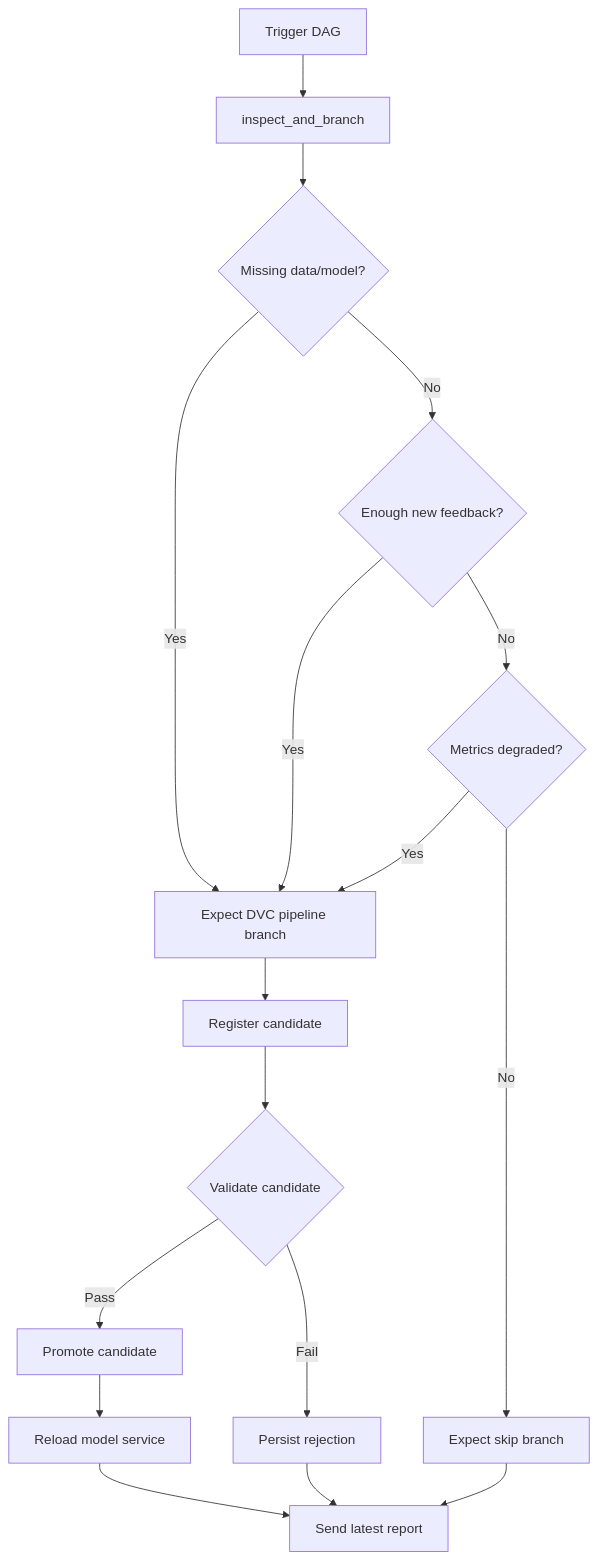
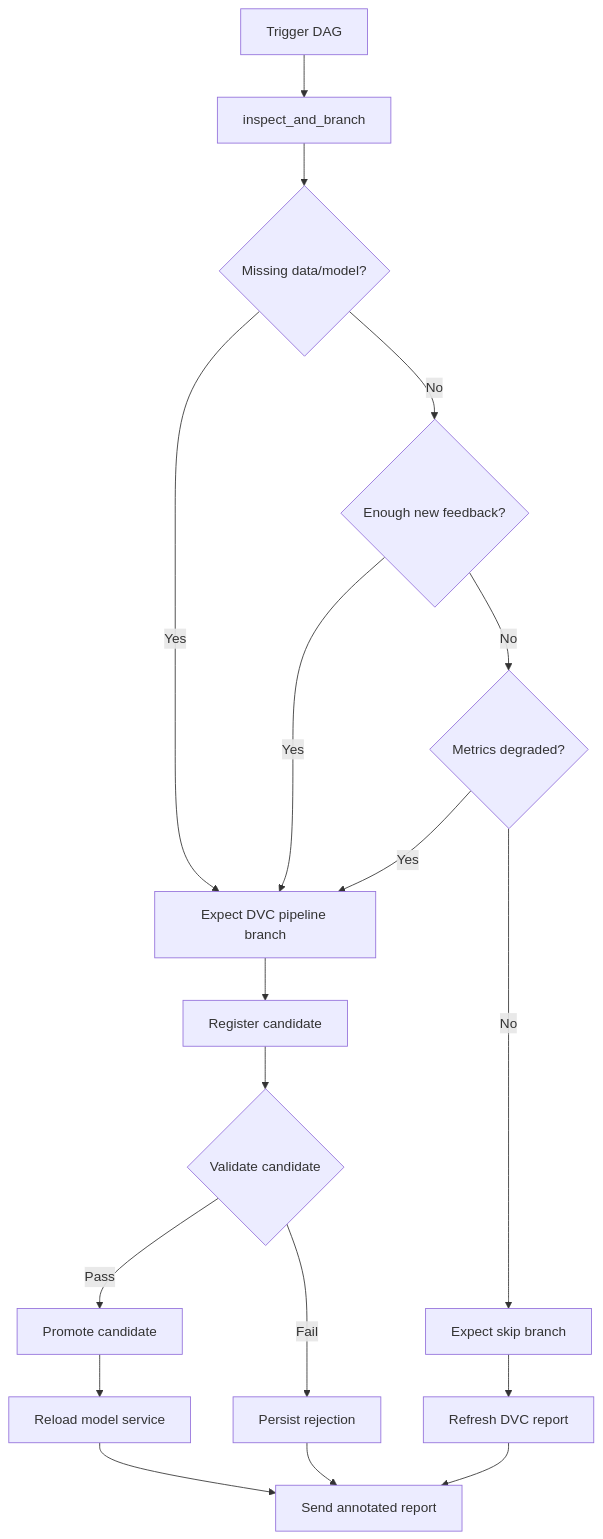
The second of 3 diagrams in docs/04_TEST_PLAN_AND_CASES.md (swadeshbalajee/galaxy_morphology_fp), drawn with Mermaid before and after one commit. The commit also changed other lines of this file and 11 other files, not shown here.

````diff
--- a/docs/04_TEST_PLAN_AND_CASES.md
+++ b/docs/04_TEST_PLAN_AND_CASES.md
@@ -42,19 +42,20 @@
 ```mermaid
 flowchart TD
   Start[Trigger DAG] --> Inspect[inspect_and_branch]
   Inspect --> Missing{Missing data/model?}
   Missing -->|Yes| Run[Expect DVC pipeline branch]
   Missing -->|No| Feedback{Enough new feedback?}
   Feedback -->|Yes| Run
   Feedback -->|No| Metrics{Metrics degraded?}
   Metrics -->|Yes| Run
   Metrics -->|No| Skip[Expect skip branch]
   Run --> Register[Register candidate]
   Register --> Validate{Validate candidate}
   Validate -->|Pass| Promote[Promote candidate]
   Validate -->|Fail| Reject[Persist rejection]
   Promote --> Reload[Reload model service]
   Reject --> Email
-  Skip --> Email[Send latest report]
+  Skip --> Refresh[Refresh DVC report]
+  Refresh --> Email[Send annotated report]
   Reload --> Email
 ```
````
